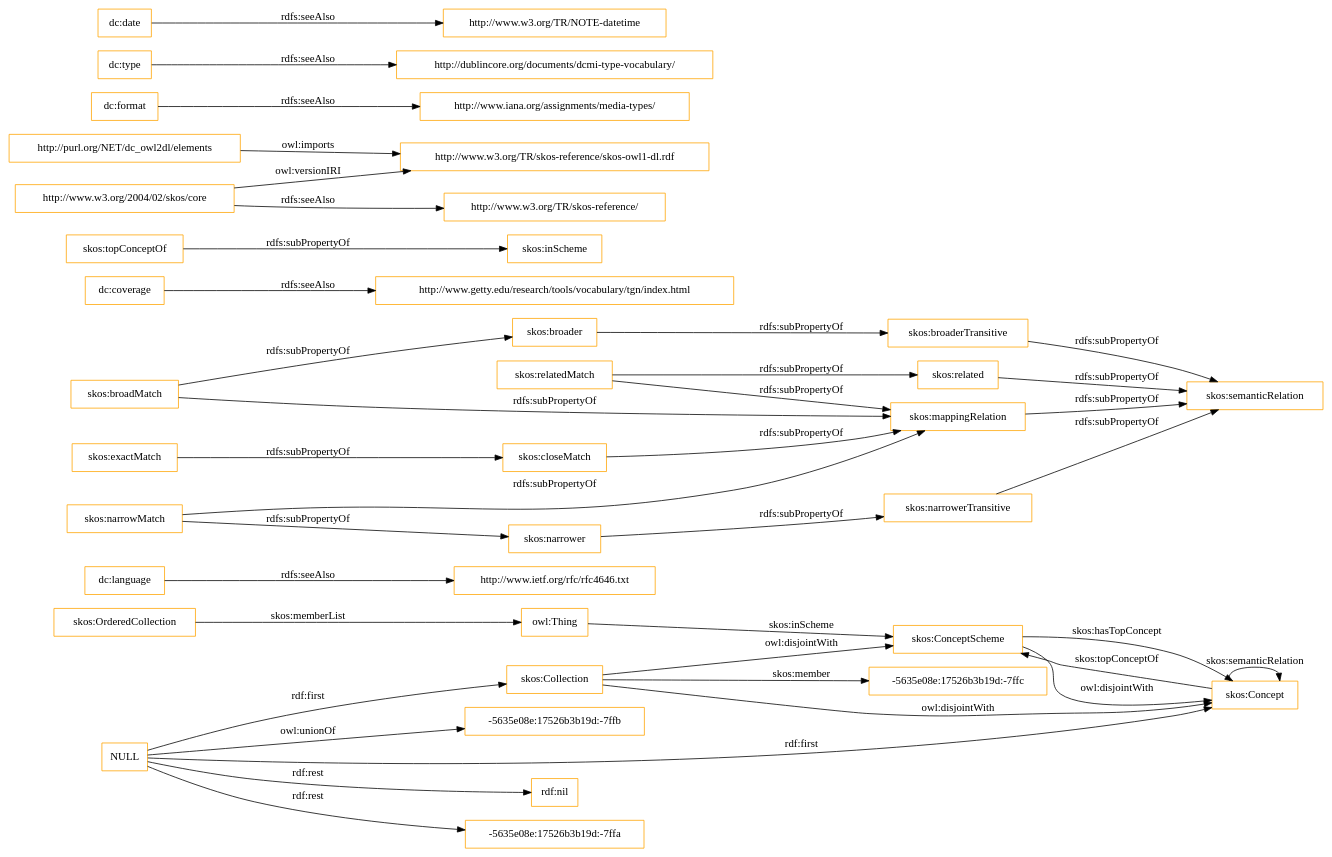
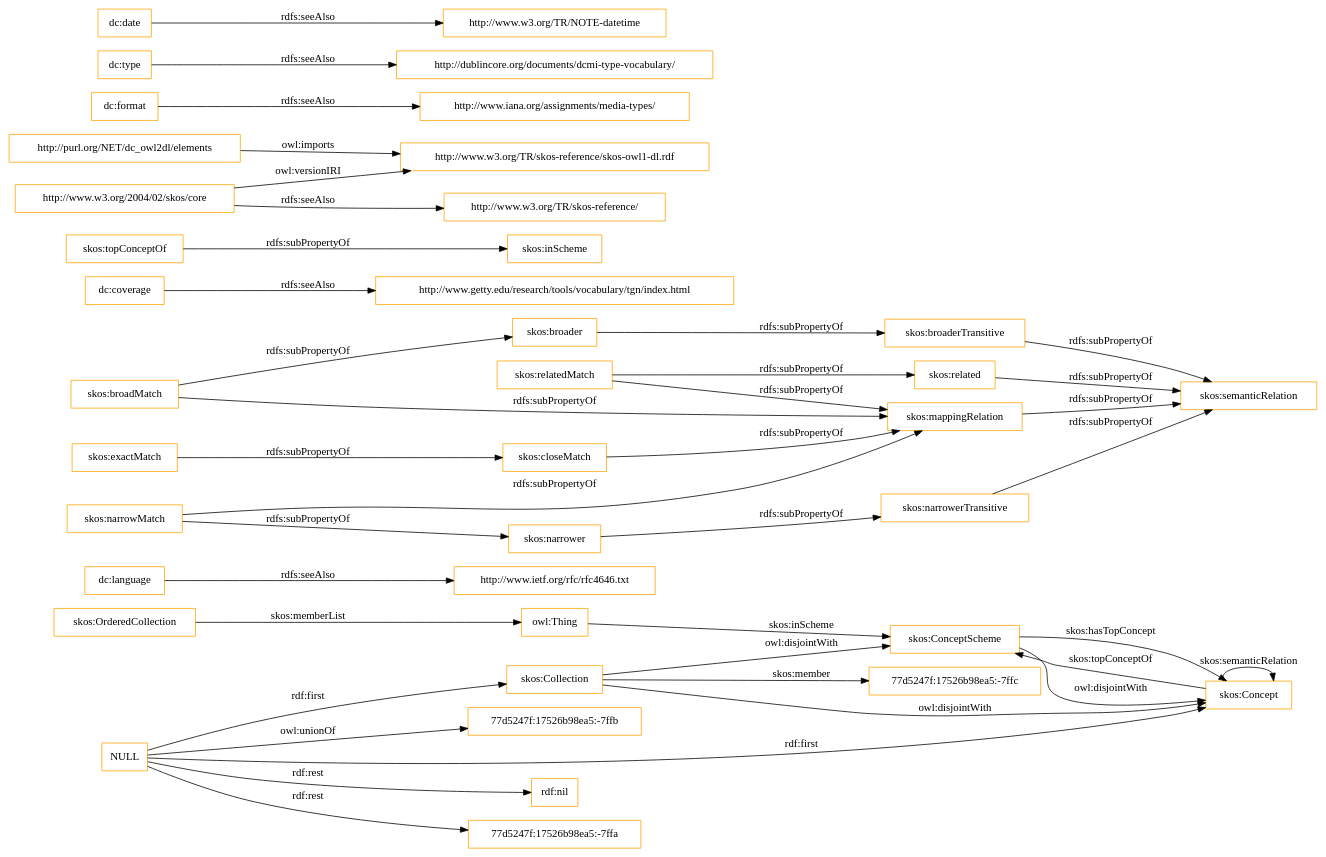
Before and after one commit to OnToologyUser/core-ontology-1: the diagram in OnToology/imports/elements.owl/diagrams/ar2dtool-class/elements.owl.png.dot, drawn with Graphviz. The commit also changed 14 other files, not shown here.

```diff
--- a/OnToology/imports/elements.owl/diagrams/ar2dtool-class/elements.owl.png.dot
+++ b/OnToology/imports/elements.owl/diagrams/ar2dtool-class/elements.owl.png.dot
@@ -1,43 +1,43 @@
 digraph ar2dtool_diagram { 
 rankdir=LR;
 size="1501"
-node [shape = rectangle, color="orange"]; "-5635e08e:17526b3b19d:-7ffc" "skos:OrderedCollection" "skos:Collection" "skos:ConceptScheme" "skos:Concept" ; /*classes style*/
+node [shape = rectangle, color="orange"]; "77d5247f:17526b98ea5:-7ffc" "skos:OrderedCollection" "skos:Collection" "skos:ConceptScheme" "skos:Concept" ; /*classes style*/
 	"dc:language" -> "http://www.ietf.org/rfc/rfc4646.txt" [ label = "rdfs:seeAlso" ];
 	"NULL" -> "rdf:nil" [ label = "rdf:rest" ];
 	"NULL" -> "skos:Collection" [ label = "rdf:first" ];
-	"NULL" -> "-5635e08e:17526b3b19d:-7ffa" [ label = "rdf:rest" ];
+	"NULL" -> "77d5247f:17526b98ea5:-7ffa" [ label = "rdf:rest" ];
 	"NULL" -> "skos:Concept" [ label = "rdf:first" ];
-	"NULL" -> "-5635e08e:17526b3b19d:-7ffb" [ label = "owl:unionOf" ];
+	"NULL" -> "77d5247f:17526b98ea5:-7ffb" [ label = "owl:unionOf" ];
 	"skos:closeMatch" -> "skos:mappingRelation" [ label = "rdfs:subPropertyOf" ];
 	"dc:coverage" -> "http://www.getty.edu/research/tools/vocabulary/tgn/index.html" [ label = "rdfs:seeAlso" ];
 	"skos:relatedMatch" -> "skos:related" [ label = "rdfs:subPropertyOf" ];
 	"skos:relatedMatch" -> "skos:mappingRelation" [ label = "rdfs:subPropertyOf" ];
 	"skos:ConceptScheme" -> "skos:Concept" [ label = "owl:disjointWith" ];
 	"skos:related" -> "skos:semanticRelation" [ label = "rdfs:subPropertyOf" ];
 	"skos:topConceptOf" -> "skos:inScheme" [ label = "rdfs:subPropertyOf" ];
 	"skos:broadMatch" -> "skos:broader" [ label = "rdfs:subPropertyOf" ];
 	"skos:broadMatch" -> "skos:mappingRelation" [ label = "rdfs:subPropertyOf" ];
 	"http://purl.org/NET/dc_owl2dl/elements" -> "http://www.w3.org/TR/skos-reference/skos-owl1-dl.rdf" [ label = "owl:imports" ];
 	"skos:exactMatch" -> "skos:closeMatch" [ label = "rdfs:subPropertyOf" ];
 	"dc:format" -> "http://www.iana.org/assignments/media-types/" [ label = "rdfs:seeAlso" ];
 	"skos:broaderTransitive" -> "skos:semanticRelation" [ label = "rdfs:subPropertyOf" ];
 	"dc:type" -> "http://dublincore.org/documents/dcmi-type-vocabulary/" [ label = "rdfs:seeAlso" ];
 	"skos:broader" -> "skos:broaderTransitive" [ label = "rdfs:subPropertyOf" ];
 	"skos:mappingRelation" -> "skos:semanticRelation" [ label = "rdfs:subPropertyOf" ];
 	"http://www.w3.org/2004/02/skos/core" -> "http://www.w3.org/TR/skos-reference/skos-owl1-dl.rdf" [ label = "owl:versionIRI" ];
 	"http://www.w3.org/2004/02/skos/core" -> "http://www.w3.org/TR/skos-reference/" [ label = "rdfs:seeAlso" ];
 	"skos:Collection" -> "skos:ConceptScheme" [ label = "owl:disjointWith" ];
 	"skos:Collection" -> "skos:Concept" [ label = "owl:disjointWith" ];
 	"skos:narrowMatch" -> "skos:narrower" [ label = "rdfs:subPropertyOf" ];
 	"skos:narrowMatch" -> "skos:mappingRelation" [ label = "rdfs:subPropertyOf" ];
 	"skos:narrower" -> "skos:narrowerTransitive" [ label = "rdfs:subPropertyOf" ];
 	"dc:date" -> "http://www.w3.org/TR/NOTE-datetime" [ label = "rdfs:seeAlso" ];
 	"skos:narrowerTransitive" -> "skos:semanticRelation" [ label = "rdfs:subPropertyOf" ];
 	"skos:OrderedCollection" -> "owl:Thing" [ label = "skos:memberList" ];
 	"skos:Concept" -> "skos:ConceptScheme" [ label = "skos:topConceptOf" ];
 	"skos:Concept" -> "skos:Concept" [ label = "skos:semanticRelation" ];
-	"skos:Collection" -> "-5635e08e:17526b3b19d:-7ffc" [ label = "skos:member" ];
+	"skos:Collection" -> "77d5247f:17526b98ea5:-7ffc" [ label = "skos:member" ];
 	"skos:ConceptScheme" -> "skos:Concept" [ label = "skos:hasTopConcept" ];
 	"owl:Thing" -> "skos:ConceptScheme" [ label = "skos:inScheme" ];
 
 }
```
